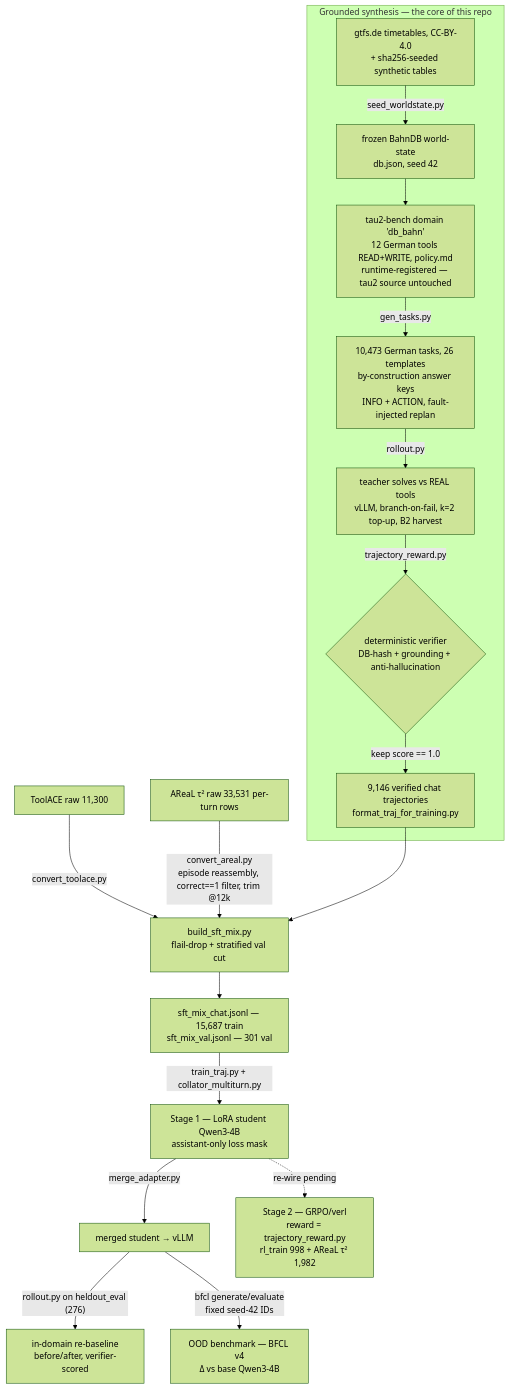
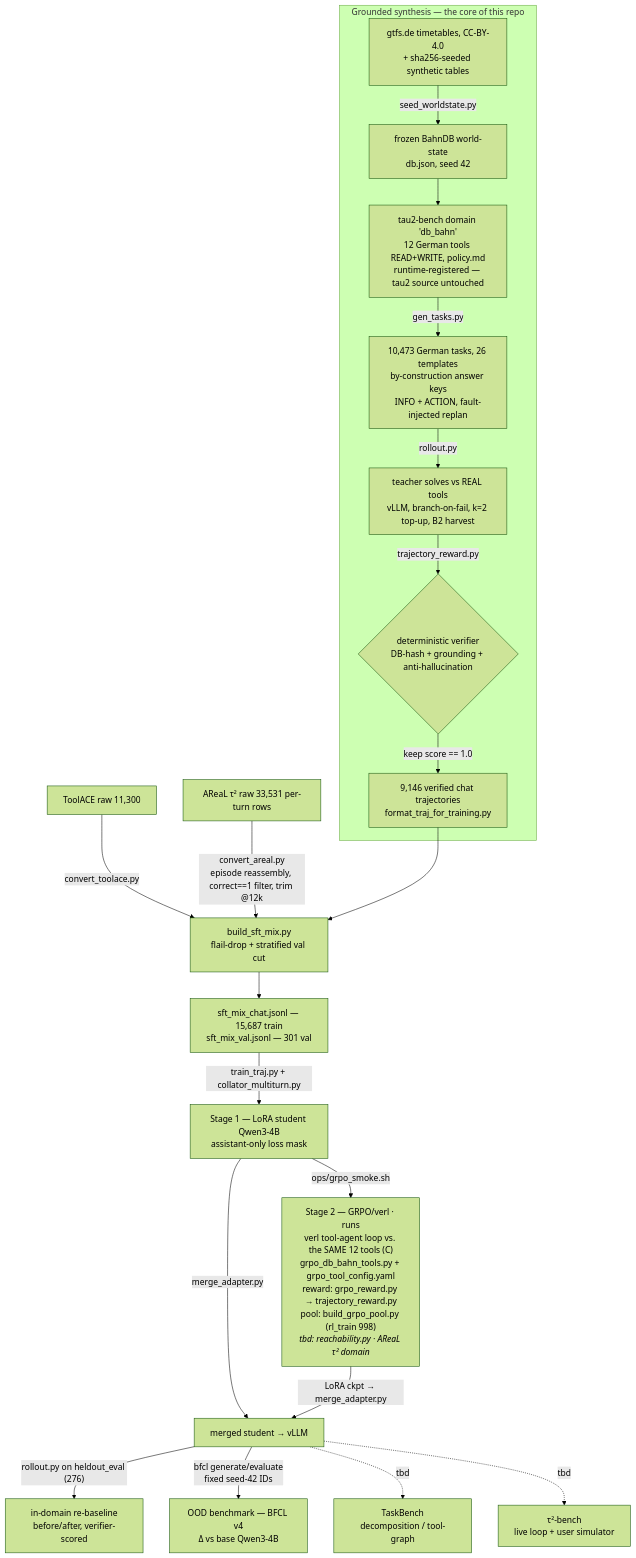
Before and after one commit to JanneckGit/slm-agentic-training-pipeline: the diagram in README.md, drawn with Mermaid (forest theme). The commit also changed other lines of this file and 8 other files, not shown here.

First line of the commit message:
feat(rl): Stage-2 GRPO runs — verl tool-agent loop vs. the real db_bahn tools

````diff
--- a/README.md
+++ b/README.md
@@ -35,20 +35,23 @@
 ```mermaid
 flowchart TD
     subgraph SDG["Grounded synthesis — the core of this repo"]
         A["gtfs.de timetables, CC-BY-4.0<br/>+ sha256-seeded synthetic tables"] -->|seed_worldstate.py| B["frozen BahnDB world-state<br/>db.json, seed 42"]
         B --> C["tau2-bench domain 'db_bahn'<br/>12 German tools READ+WRITE, policy.md<br/>runtime-registered — tau2 source untouched"]
         C -->|gen_tasks.py| D["10,473 German tasks, 26 templates<br/>by-construction answer keys<br/>INFO + ACTION, fault-injected replan"]
         D -->|rollout.py| E["teacher solves vs REAL tools<br/>vLLM, branch-on-fail, k=2 top-up, B2 harvest"]
         E -->|trajectory_reward.py| F{"deterministic verifier<br/>DB-hash + grounding + anti-hallucination"}
         F -->|keep score == 1.0| G["9,146 verified chat trajectories<br/>format_traj_for_training.py"]
     end
     T["ToolACE raw 11,300"] -->|convert_toolace.py| MIX
     R["AReaL τ² raw 33,531 per-turn rows"] -->|"convert_areal.py<br/>episode reassembly, correct==1 filter, trim @12k"| MIX
     G --> MIX["build_sft_mix.py<br/>flail-drop + stratified val cut"]
     MIX --> M["sft_mix_chat.jsonl — 15,687 train<br/>sft_mix_val.jsonl — 301 val"]
     M -->|train_traj.py + collator_multiturn.py| H["Stage 1 — LoRA student Qwen3-4B<br/>assistant-only loss mask"]
     H -->|merge_adapter.py| S["merged student → vLLM"]
     S -->|"rollout.py on heldout_eval (276)"| EV["in-domain re-baseline<br/>before/after, verifier-scored"]
     S -->|"bfcl generate/evaluate<br/>fixed seed-42 IDs"| OOD["OOD benchmark — BFCL v4<br/>Δ vs base Qwen3-4B"]
-    H -.->|re-wire pending| RL["Stage 2 — GRPO/verl<br/>reward = trajectory_reward.py<br/>rl_train 998 + AReaL τ² 1,982"]
+    S -.->|tbd| TB["TaskBench<br/>decomposition / tool-graph"]
+    S -.->|tbd| T2["τ²-bench<br/>live loop + user simulator"]
+    H -->|ops/grpo_smoke.sh| RL["Stage 2 — GRPO/verl · runs<br/>verl tool-agent loop vs. the SAME 12 tools (C)<br/>grpo_db_bahn_tools.py + grpo_tool_config.yaml<br/>reward: grpo_reward.py → trajectory_reward.py<br/>pool: build_grpo_pool.py (rl_train 998)<br/><i>tbd: reachability.py · AReaL τ² domain</i>"]
+    RL -->|"LoRA ckpt → merge_adapter.py"| S
 ```
````
